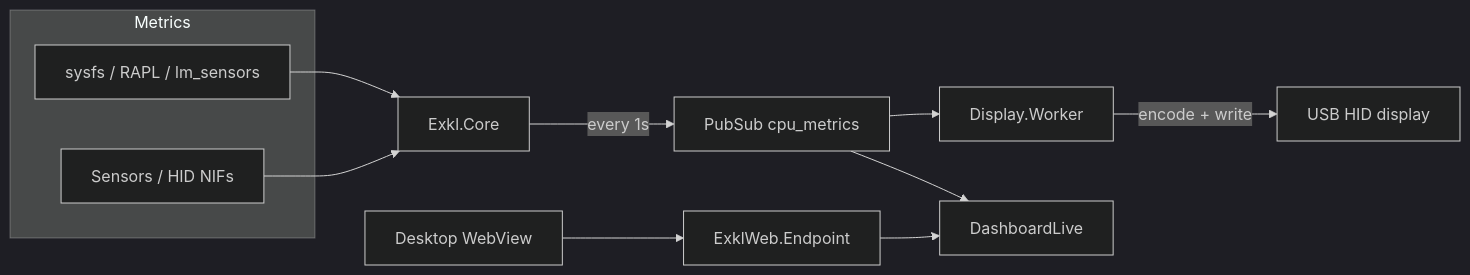
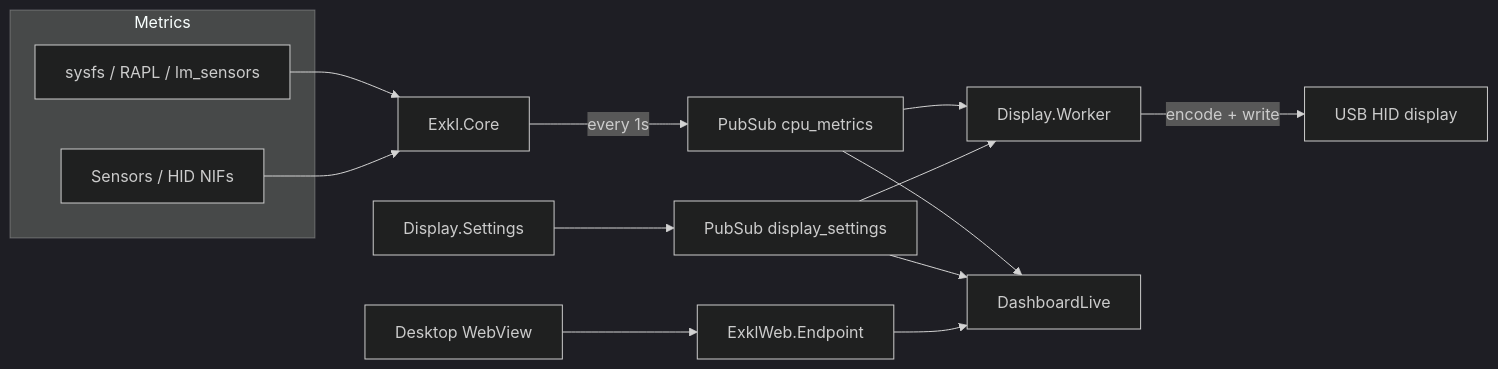
Before and after one commit to z7ealth/exkl: the second of 2 diagrams in docs/ARCHITECTURE.md, drawn with Mermaid (dark theme). The commit also changed other lines of this file and 4 other files, not shown here.

````diff
--- a/docs/ARCHITECTURE.md
+++ b/docs/ARCHITECTURE.md
@@ -31,24 +33,29 @@
 ```mermaid
 flowchart LR
   subgraph sources["Metrics"]
     NIF["Sensors / HID NIFs"]
     Sysfs["sysfs / RAPL / lm_sensors"]
   end
 
   Core["Exkl.Core"]
   PubSub["PubSub cpu_metrics"]
+  Settings["Display.Settings"]
+  SettingsPubSub["PubSub display_settings"]
   Workers["Display.Worker"]
   HID["USB HID display"]
   Endpoint["ExklWeb.Endpoint"]
   LV["DashboardLive"]
   WebView["Desktop WebView"]
 
   Sysfs --> Core
   NIF --> Core
   Core -->|"every 1s"| PubSub
   PubSub --> Workers
   PubSub --> LV
+  Settings --> SettingsPubSub
+  SettingsPubSub --> Workers
+  SettingsPubSub --> LV
   Workers -->|"encode + write"| HID
   Endpoint --> LV
   WebView --> Endpoint
 ```
````
